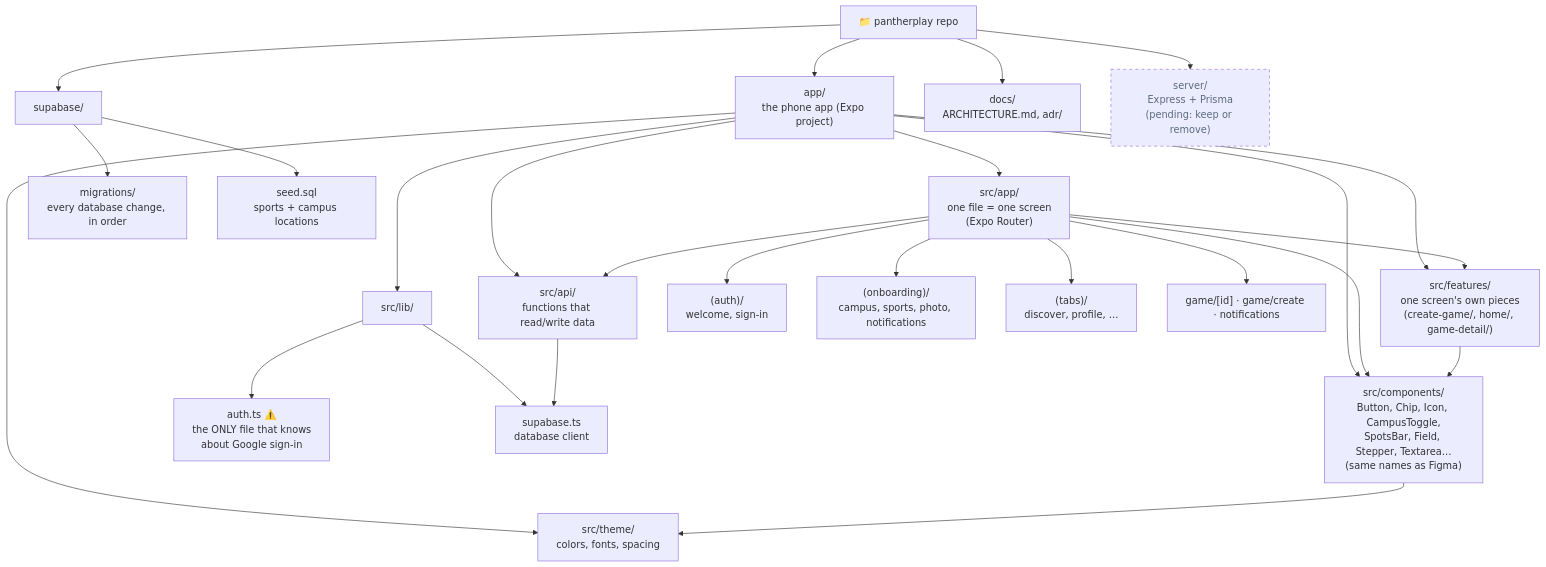
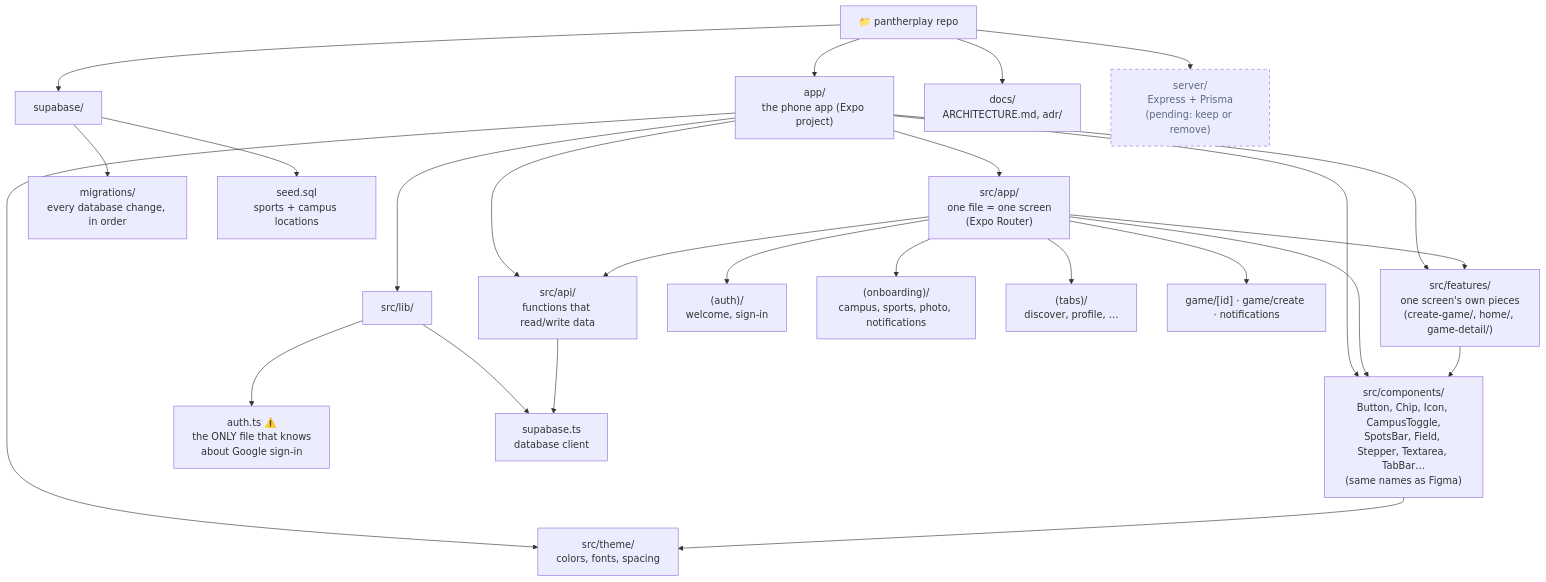
The second of 9 diagrams in docs/ARCHITECTURE.md (aymanlaassel/pantherplay), drawn with Mermaid before and after one commit. The commit also changed 19 other files, not shown here.

First line of the commit message:
Add branded tab bar and remove starter leftovers

````diff
--- a/docs/ARCHITECTURE.md
+++ b/docs/ARCHITECTURE.md
@@ -84,37 +84,37 @@
 ```mermaid
 flowchart TB
   Repo["📁 pantherplay repo"]
 
   Repo --> AppProj["app/<br/>the phone app (Expo project)"]
   Repo --> Supa["supabase/"]
   Repo --> Docs["docs/<br/>ARCHITECTURE.md, adr/"]
   Repo --> Server["server/<br/>Express + Prisma<br/>(pending: keep or remove)"]
 
   AppProj --> Screens["src/app/<br/>one file = one screen<br/>(Expo Router)"]
-  AppProj --> Comp["src/components/<br/>Button, Chip, Icon, CampusToggle,<br/>SpotsBar, Field, Stepper, Textarea…<br/>(same names as Figma)"]
+  AppProj --> Comp["src/components/<br/>Button, Chip, Icon, CampusToggle,<br/>SpotsBar, Field, Stepper, Textarea, TabBar…<br/>(same names as Figma)"]
   AppProj --> Feat["src/features/<br/>one screen's own pieces<br/>(create-game/, home/, game-detail/)"]
   AppProj --> Theme["src/theme/<br/>colors, fonts, spacing"]
   AppProj --> Api["src/api/<br/>functions that read/write data"]
   AppProj --> Lib["src/lib/"]
 
   Screens --> AuthScreens["(auth)/<br/>welcome, sign-in"]
   Screens --> Onb["(onboarding)/<br/>campus, sports, photo, notifications"]
   Screens --> Tabs["(tabs)/<br/>discover, profile, …"]
   Screens --> Pushed["game/[id] · game/create · notifications"]
 
   Lib --> AuthTs["auth.ts ⚠️<br/>the ONLY file that knows<br/>about Google sign-in"]
   Lib --> Client["supabase.ts<br/>database client"]
 
   Supa --> Mig["migrations/<br/>every database change, in order"]
   Supa --> Seed["seed.sql<br/>sports + campus locations"]
 
   Comp --> Theme
   Screens --> Comp
   Screens --> Feat
   Feat --> Comp
   Screens --> Api
   Api --> Client
 
   classDef pending stroke-dasharray: 5 5,color:#5A6B7D
   class Server pending
 ```
````
